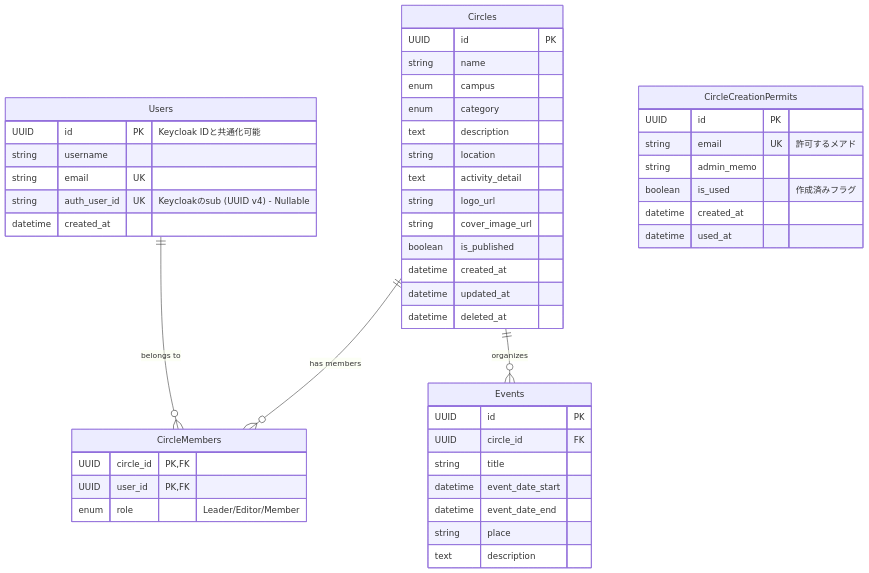
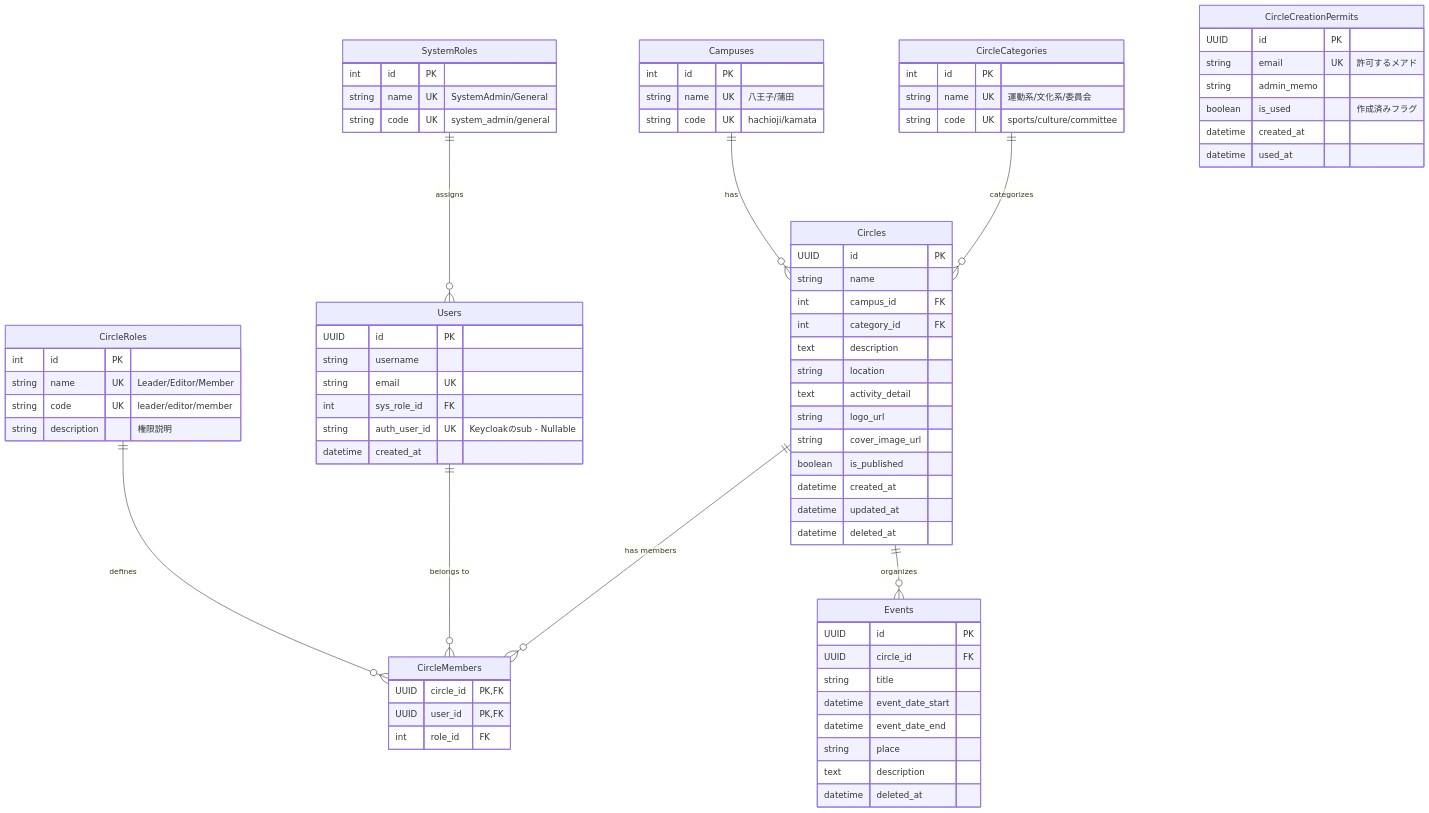
One commit to lc-tut/CirclePortalNEXT changed the second of 3 diagrams in docs/要件定義書.md. Above: the diagram before and after it, drawn with Mermaid. The commit also changed other lines of this file and 12 other files, not shown here.

````diff
--- a/docs/要件定義書.md
+++ b/docs/要件定義書.md
@@ -170,22 +189,57 @@
 ```mermaid
 erDiagram
+    %% マスタテーブル
+    Campuses ||--o{ Circles : "has"
+    CircleCategories ||--o{ Circles : "categorizes"
+    SystemRoles ||--o{ Users : "assigns"
+    CircleRoles ||--o{ CircleMembers : "defines"
+    
+    %% メインテーブル
     Users ||--o{ CircleMembers : "belongs to"
     Circles ||--o{ CircleMembers : "has members"
     Circles ||--o{ Events : "organizes"
 
+    %% マスタテーブル定義
+    Campuses {
+        int id PK
+        string name UK "八王子/蒲田"
+        string code UK "hachioji/kamata"
+    }
+    
+    CircleCategories {
+        int id PK
+        string name UK "運動系/文化系/委員会"
+        string code UK "sports/culture/committee"
+    }
+    
+    SystemRoles {
+        int id PK
+        string name UK "SystemAdmin/General"
+        string code UK "system_admin/general"
+    }
+    
+    CircleRoles {
+        int id PK
+        string name UK "Leader/Editor/Member"
+        string code UK "leader/editor/member"
+        string description "権限説明"
+    }
+
+    %% メインテーブル定義
     Users {
-        UUID id PK "Keycloak IDと共通化可能"
+        UUID id PK
         string username
         string email UK
-        string auth_user_id UK "Keycloakのsub (UUID v4) - Nullable"
+        int sys_role_id FK
+        string auth_user_id UK "Keycloakのsub - Nullable"
         datetime created_at
     }
 
     Circles {
         UUID id PK
         string name
-        enum campus
-        enum category
+        int campus_id FK
+        int category_id FK
         text description
         string location
         text activity_detail
@@ -200,7 +254,7 @@
     CircleMembers {
         UUID circle_id PK, FK
         UUID user_id PK, FK
-        enum role "Leader/Editor/Member"
+        int role_id FK
     }
 
     Events {
@@ -211,6 +265,7 @@
         datetime event_date_end
         string place
         text description
+        datetime deleted_at
     }
     
     CircleCreationPermits {
````
